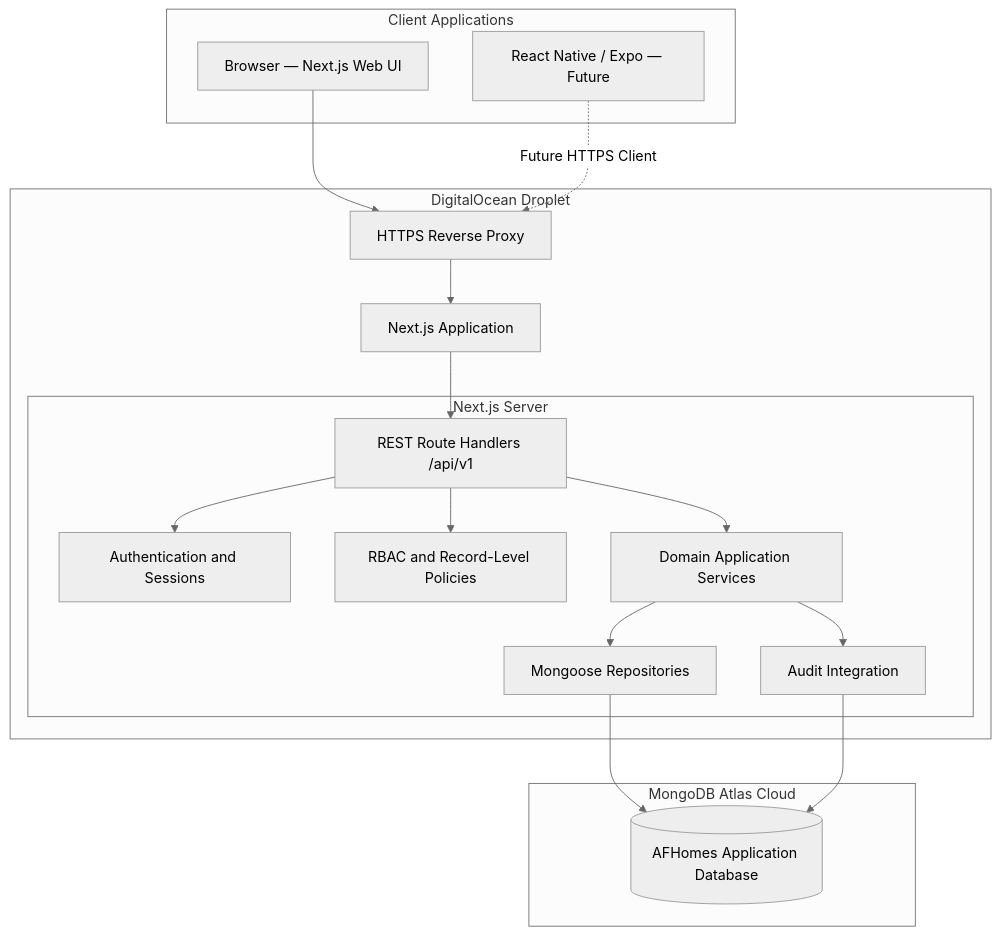
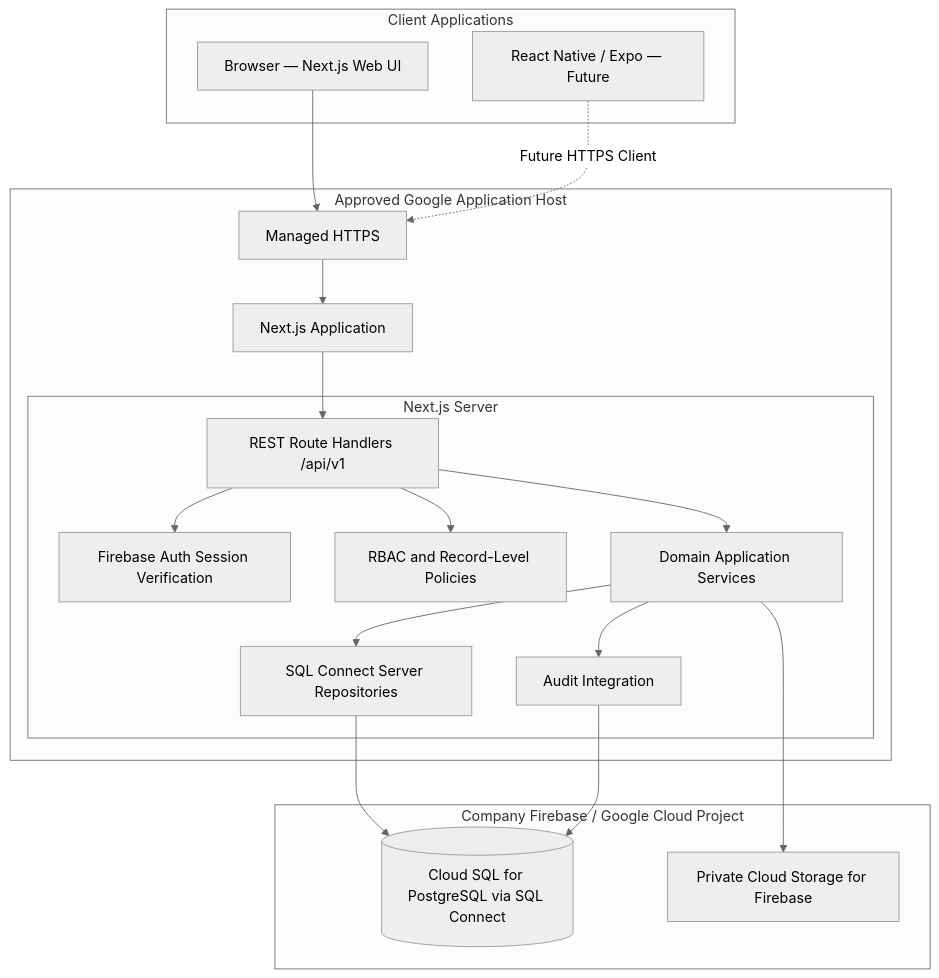
Before and after one commit to orlando-afhomes/afhomes-platform: the diagram in docs/development/architecture.md, drawn with Mermaid (neutral theme). The commit also changed other lines of this file and 124 other files, not shown here.

````diff
--- a/docs/development/architecture.md
+++ b/docs/development/architecture.md
@@ -98,37 +98,39 @@
 ```mermaid
 flowchart TB
     subgraph Clients["Client Applications"]
         WEB["Browser — Next.js Web UI"]
         MOBILE["React Native / Expo — Future"]
     end
 
-    subgraph Droplet["DigitalOcean Droplet"]
-        PROXY["HTTPS Reverse Proxy"]
+    subgraph Host["Approved Google Application Host"]
+        PROXY["Managed HTTPS"]
         NEXT["Next.js Application"]
 
         subgraph Application["Next.js Server"]
             API["REST Route Handlers /api/v1"]
-            AUTH["Authentication and Sessions"]
+            AUTH["Firebase Auth Session Verification"]
             POLICY["RBAC and Record-Level Policies"]
             SERVICES["Domain Application Services"]
-            REPO["Mongoose Repositories"]
+            REPO["SQL Connect Server Repositories"]
             AUDIT["Audit Integration"]
         end
     end
 
-    subgraph Atlas["MongoDB Atlas Cloud"]
-        DB[("AFHomes Application Database")]
+    subgraph Firebase["Company Firebase / Google Cloud Project"]
+        DB[("Cloud SQL for PostgreSQL via SQL Connect")]
+        FILES["Private Cloud Storage for Firebase"]
     end
 
     WEB --> PROXY
     MOBILE -. "Future HTTPS Client" .-> PROXY
     PROXY --> NEXT
     NEXT --> API
     API --> AUTH
     API --> POLICY
     API --> SERVICES
     SERVICES --> REPO
     SERVICES --> AUDIT
     REPO --> DB
     AUDIT --> DB
+    SERVICES --> FILES
 ```
````
